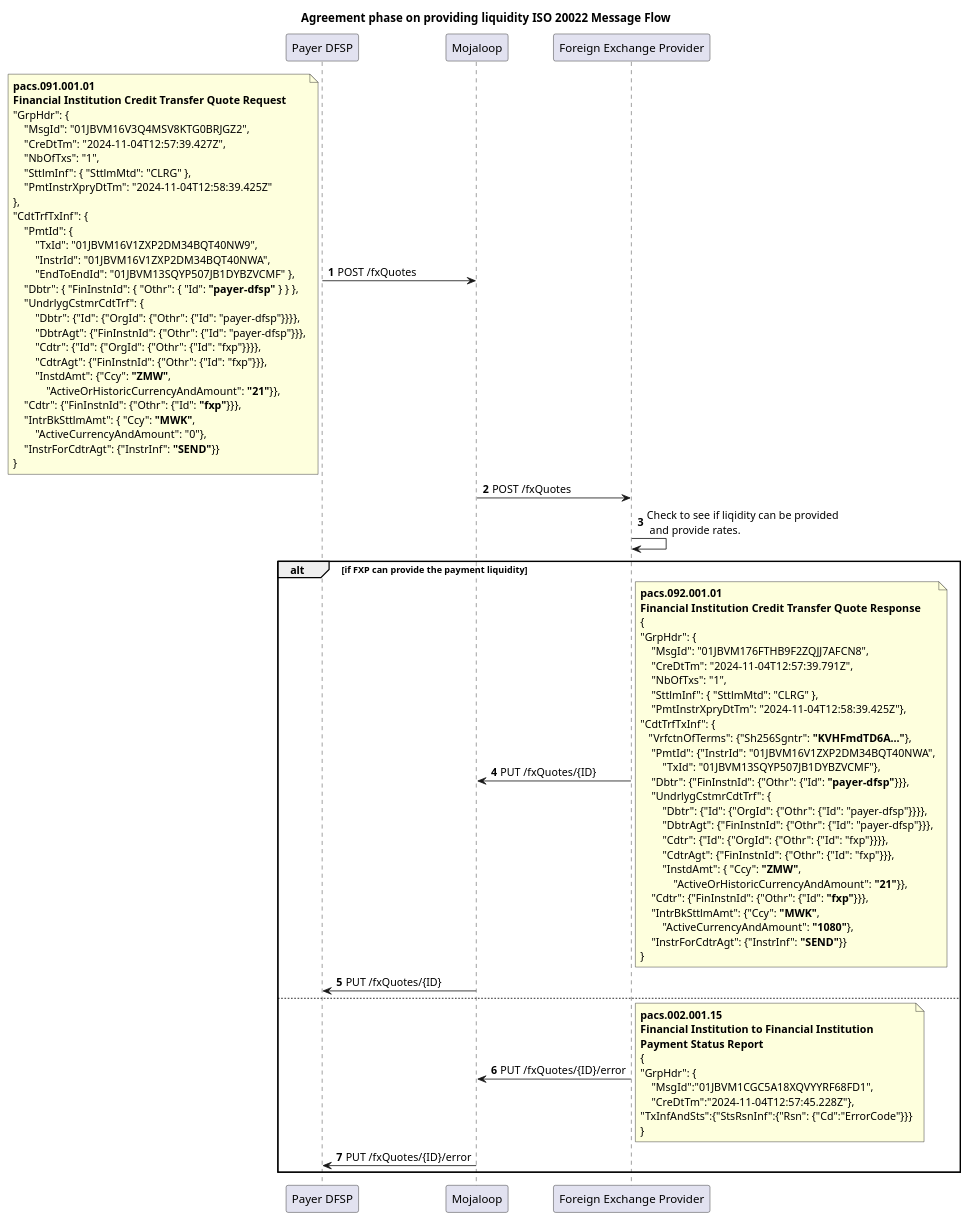
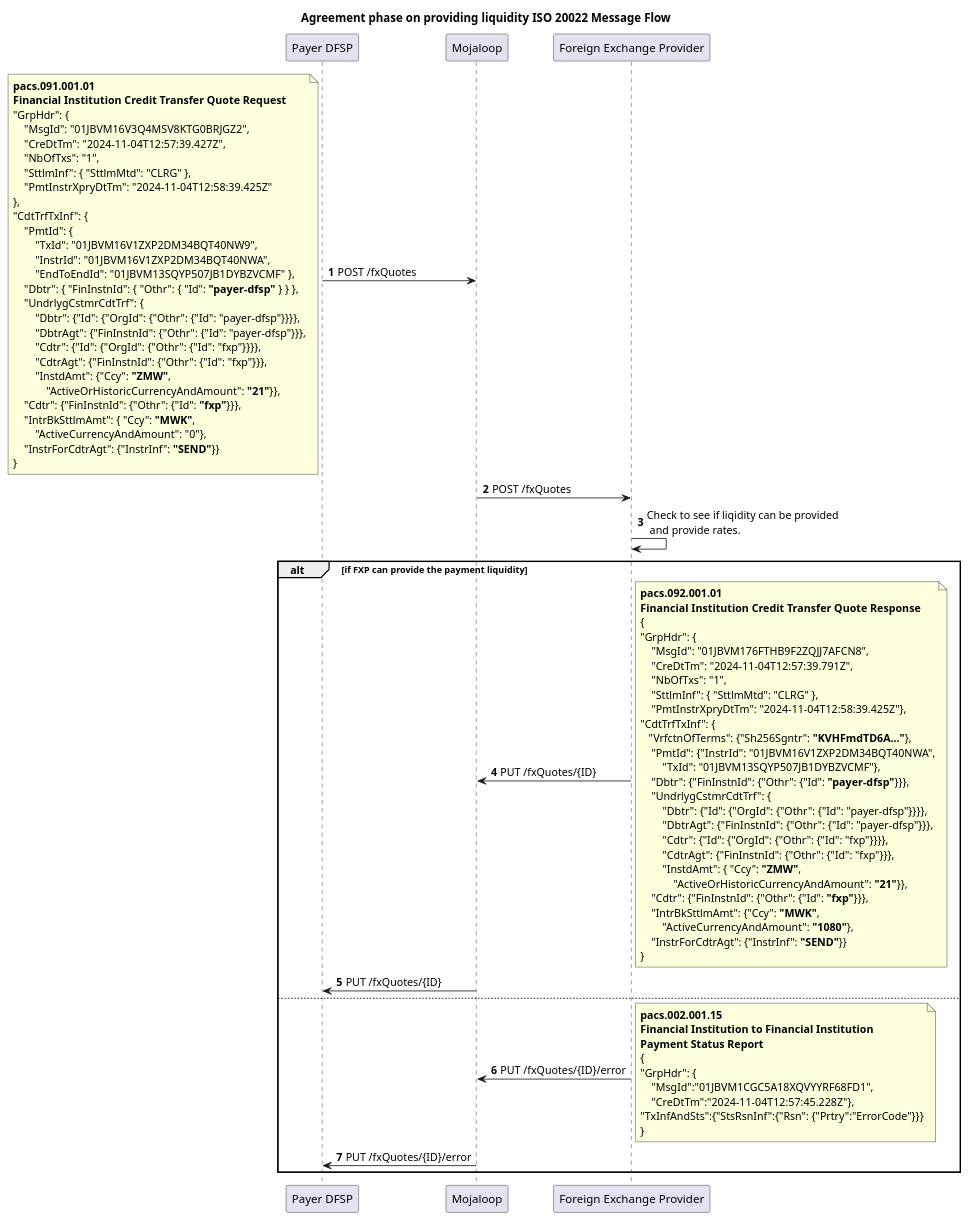
Before and after one commit to mojaloop/iso-20022-docs: the diagram in Workstream documents/MarketPracticeDoc/SequenceDiagrams/AgreementConversion.plantuml, drawn with PlantUML. The commit also changed 72 other files, not shown here.

Commit message:
feat: Updated field descriptions; Added ILP reference; Moved Error Code from Cd to Prtry

```diff
--- a/Workstream documents/MarketPracticeDoc/SequenceDiagrams/AgreementConversion.plantuml
+++ b/Workstream documents/MarketPracticeDoc/SequenceDiagrams/AgreementConversion.plantuml
@@ -1,92 +1,92 @@
 @startuml
 
 Title Agreement phase on providing liquidity ISO 20022 Message Flow
 participant PayerDFSP as "Payer DFSP"
 participant Mojaloop as "Mojaloop"
 participant FXP as "Foreign Exchange Provider"
 
 autonumber
 
 PayerDFSP -> Mojaloop: POST /fxQuotes
 note left
 **pacs.091.001.01**
 **Financial Institution Credit Transfer Quote Request**
 "GrpHdr": {
     "MsgId": "01JBVM16V3Q4MSV8KTG0BRJGZ2",
     "CreDtTm": "2024-11-04T12:57:39.427Z",
     "NbOfTxs": "1",
     "SttlmInf": { "SttlmMtd": "CLRG" },
     "PmtInstrXpryDtTm": "2024-11-04T12:58:39.425Z"
 },
 "CdtTrfTxInf": {
     "PmtId": {
         "TxId": "01JBVM16V1ZXP2DM34BQT40NW9",
         "InstrId": "01JBVM16V1ZXP2DM34BQT40NWA",
         "EndToEndId": "01JBVM13SQYP507JB1DYBZVCMF" },
     "Dbtr": { "FinInstnId": { "Othr": { "Id": **"payer-dfsp"** } } },
     "UndrlygCstmrCdtTrf": {
         "Dbtr": {"Id": {"OrgId": {"Othr": {"Id": "payer-dfsp"}}}},
         "DbtrAgt": {"FinInstnId": {"Othr": {"Id": "payer-dfsp"}}},
         "Cdtr": {"Id": {"OrgId": {"Othr": {"Id": "fxp"}}}},
         "CdtrAgt": {"FinInstnId": {"Othr": {"Id": "fxp"}}},
         "InstdAmt": {"Ccy": **"ZMW"**,
             "ActiveOrHistoricCurrencyAndAmount": **"21"**}},
     "Cdtr": {"FinInstnId": {"Othr": {"Id": **"fxp"**}}},
     "IntrBkSttlmAmt": { "Ccy": **"MWK"**,
         "ActiveCurrencyAndAmount": "0"},
     "InstrForCdtrAgt": {"InstrInf": **"SEND"**}}
 }
 end note
 Mojaloop -> FXP: POST /fxQuotes
 FXP -> FXP: Check to see if liqidity can be provided \n and provide rates.
 alt if FXP can provide the payment liquidity
 FXP -> Mojaloop: PUT /fxQuotes/{ID}
 note right
 **pacs.092.001.01**
 **Financial Institution Credit Transfer Quote Response**
 {
 "GrpHdr": {
     "MsgId": "01JBVM176FTHB9F2ZQJJ7AFCN8",
     "CreDtTm": "2024-11-04T12:57:39.791Z",
     "NbOfTxs": "1",
     "SttlmInf": { "SttlmMtd": "CLRG" },
     "PmtInstrXpryDtTm": "2024-11-04T12:58:39.425Z"},
 "CdtTrfTxInf": {
    "VrfctnOfTerms": {"Sh256Sgntr": **"KVHFmdTD6A..."**},
     "PmtId": {"InstrId": "01JBVM16V1ZXP2DM34BQT40NWA",
         "TxId": "01JBVM13SQYP507JB1DYBZVCMF"},
     "Dbtr": {"FinInstnId": {"Othr": {"Id": **"payer-dfsp"**}}},
     "UndrlygCstmrCdtTrf": {
         "Dbtr": {"Id": {"OrgId": {"Othr": {"Id": "payer-dfsp"}}}},
         "DbtrAgt": {"FinInstnId": {"Othr": {"Id": "payer-dfsp"}}},
         "Cdtr": {"Id": {"OrgId": {"Othr": {"Id": "fxp"}}}},
         "CdtrAgt": {"FinInstnId": {"Othr": {"Id": "fxp"}}},
         "InstdAmt": { "Ccy": **"ZMW"**,
             "ActiveOrHistoricCurrencyAndAmount": **"21"**}},
     "Cdtr": {"FinInstnId": {"Othr": {"Id": **"fxp"**}}},
     "IntrBkSttlmAmt": {"Ccy": **"MWK"**,
         "ActiveCurrencyAndAmount": **"1080"**},
     "InstrForCdtrAgt": {"InstrInf": **"SEND"**}}
 }
 end note
 Mojaloop -> PayerDFSP: PUT /fxQuotes/{ID}
 
 else
 
 FXP -> Mojaloop: PUT /fxQuotes/{ID}/error 
 note right
 **pacs.002.001.15**
 **Financial Institution to Financial Institution** 
 **Payment Status Report**
 {
 "GrpHdr": {
     "MsgId":"01JBVM1CGC5A18XQVYYRF68FD1",
     "CreDtTm":"2024-11-04T12:57:45.228Z"},
-"TxInfAndSts":{"StsRsnInf":{"Rsn": {"Cd":"ErrorCode"}}}
+"TxInfAndSts":{"StsRsnInf":{"Rsn": {"Prtry":"ErrorCode"}}}
 }
 end note
 Mojaloop -> PayerDFSP: PUT /fxQuotes/{ID}/error 
 end
 
 
 @enduml
```
